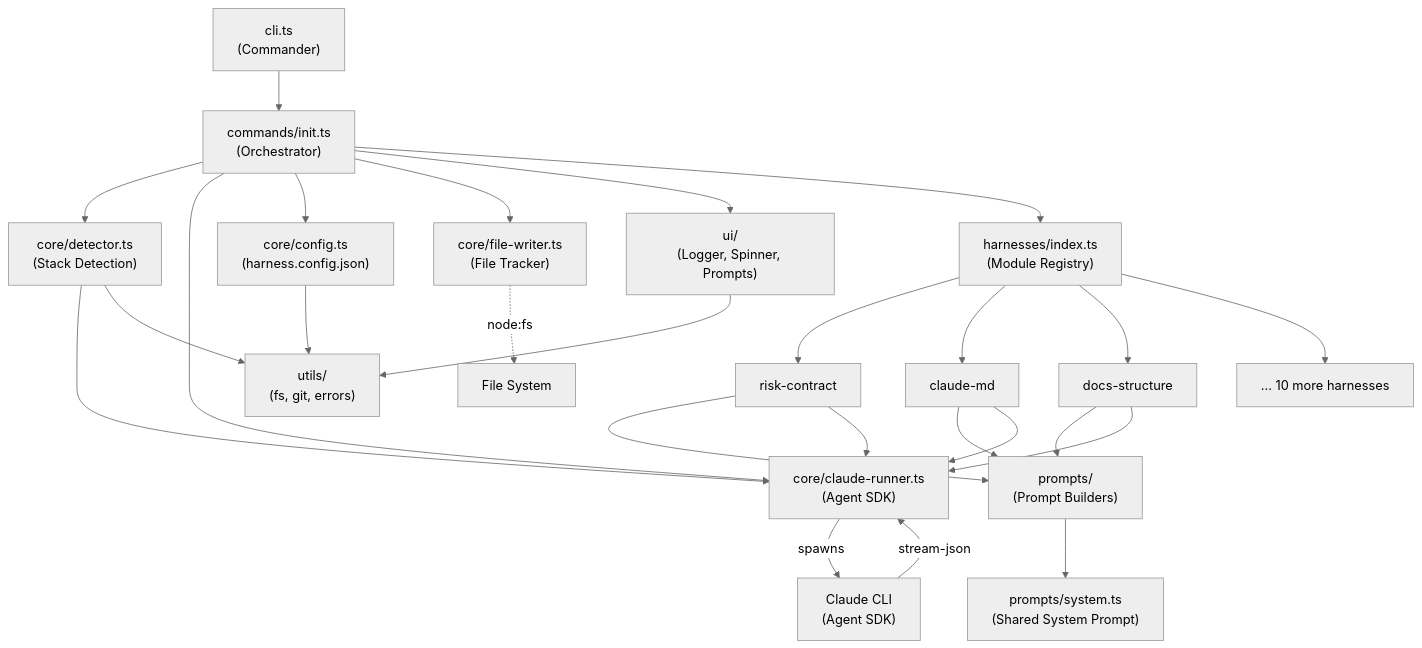
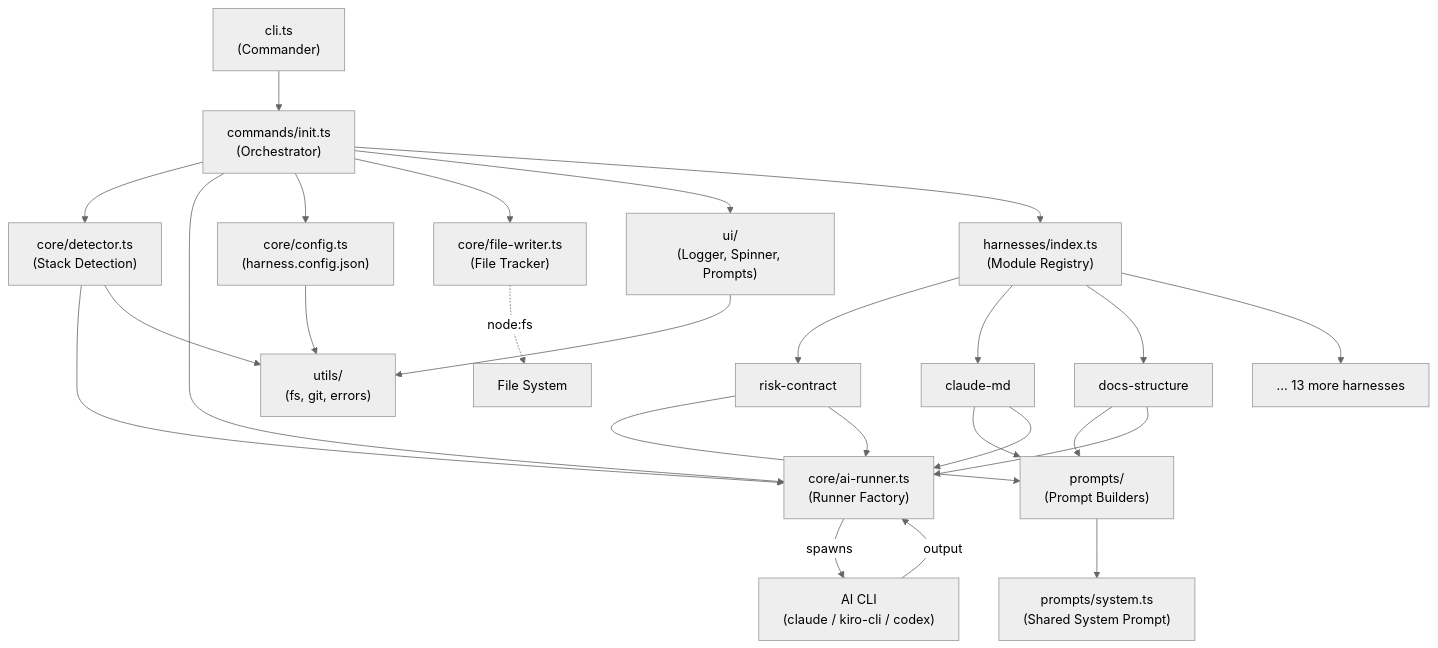
Before and after one commit to QualityUnit/harnext: the first of 2 diagrams in docs/architecture.md, drawn with Mermaid (neutral theme). The commit also changed other lines of this file and 7 other files, not shown here.

````diff
--- a/docs/architecture.md
+++ b/docs/architecture.md
@@ -74,33 +79,33 @@
 ```mermaid
 graph TD
     CLI["cli.ts<br/>(Commander)"] --> Init["commands/init.ts<br/>(Orchestrator)"]
     Init --> Detector["core/detector.ts<br/>(Stack Detection)"]
-    Init --> Runner["core/claude-runner.ts<br/>(Agent SDK)"]
+    Init --> Runner["core/ai-runner.ts<br/>(Runner Factory)"]
     Init --> Config["core/config.ts<br/>(harness.config.json)"]
     Init --> FW["core/file-writer.ts<br/>(File Tracker)"]
     Init --> UI["ui/<br/>(Logger, Spinner, Prompts)"]
     Init --> Registry["harnesses/index.ts<br/>(Module Registry)"]
 
     Registry --> H1["risk-contract"]
     Registry --> H2["claude-md"]
     Registry --> H3["docs-structure"]
-    Registry --> Hdots["... 10 more harnesses"]
+    Registry --> Hdots["... 13 more harnesses"]
 
     H1 --> Prompts["prompts/<br/>(Prompt Builders)"]
     H1 --> Runner
     H2 --> Prompts
     H2 --> Runner
     H3 --> Prompts
     H3 --> Runner
 
     Prompts --> System["prompts/system.ts<br/>(Shared System Prompt)"]
 
-    Runner -->|"spawns"| Claude["Claude CLI<br/>(Agent SDK)"]
-    Claude -->|"stream-json"| Runner
+    Runner -->|"spawns"| AICLI["AI CLI<br/>(claude / kiro-cli / codex)"]
+    AICLI -->|"output"| Runner
 
     Detector --> Runner
     Detector --> Utils["utils/<br/>(fs, git, errors)"]
     UI --> Utils
     Config --> Utils
     FW -.-> |"node:fs"| Disk["File System"]
 ```
````
